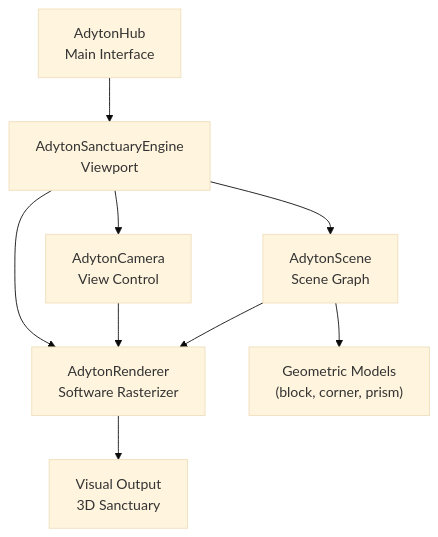
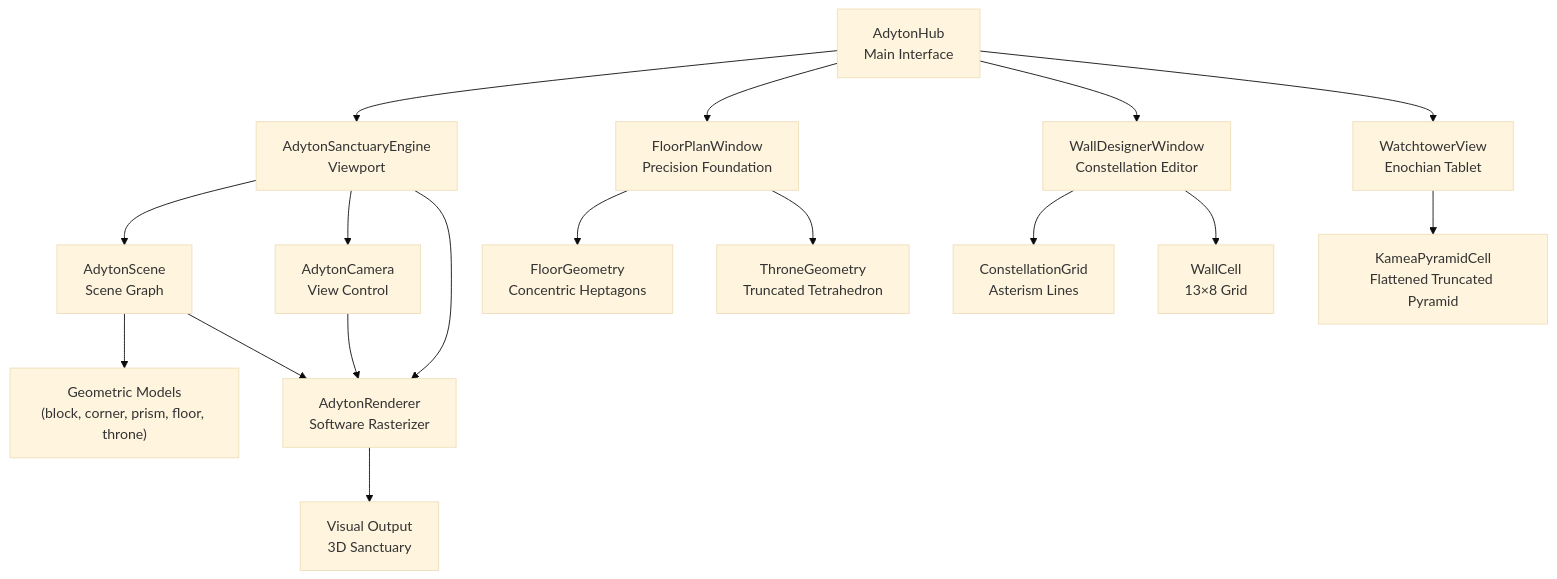
The second of 10 diagrams in .qoder/repowiki/en/content/Architecture Overview/Pillar-Based Architecture/Adyton Pillar/Adyton Pillar.md (TheDaniel166/IsopGem), drawn with Mermaid (base theme) before and after one commit. The commit also changed other lines of this file and 29 other files, not shown here.

````diff
--- a/.qoder/repowiki/en/content/Architecture Overview/Pillar-Based Architecture/Adyton Pillar/Adyton Pillar.md
+++ b/.qoder/repowiki/en/content/Architecture Overview/Pillar-Based Architecture/Adyton Pillar/Adyton Pillar.md
@@ -95,11 +133,19 @@
 ```mermaid
 graph TD
 hub["AdytonHub<br/>Main Interface"] --> window["AdytonSanctuaryEngine<br/>Viewport"]
+hub --> floor_plan["FloorPlanWindow<br/>Precision Foundation"]
+hub --> wall_designer["WallDesignerWindow<br/>Constellation Editor"]
+hub --> watchtower["WatchtowerView<br/>Enochian Tablet"]
 window --> scene["AdytonScene<br/>Scene Graph"]
 window --> camera["AdytonCamera<br/>View Control"]
 window --> renderer["AdytonRenderer<br/>Software Rasterizer"]
-scene --> geometry["Geometric Models<br/>(block, corner, prism)"]
+scene --> geometry["Geometric Models<br/>(block, corner, prism, floor, throne)"]
 camera --> renderer
 scene --> renderer
 renderer --> output["Visual Output<br/>3D Sanctuary"]
+floor_plan --> floor_geometry["FloorGeometry<br/>Concentric Heptagons"]
+floor_plan --> throne_geometry["ThroneGeometry<br/>Truncated Tetrahedron"]
+wall_designer --> constellation_grid["ConstellationGrid<br/>Asterism Lines"]
+wall_designer --> wall_cells["WallCell<br/>13×8 Grid"]
+watchtower --> kamea_cells["KameaPyramidCell<br/>Flattened Truncated Pyramid"]
 ```
````
